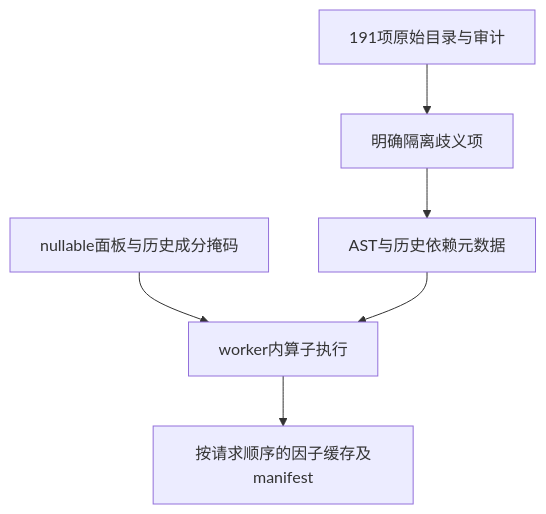
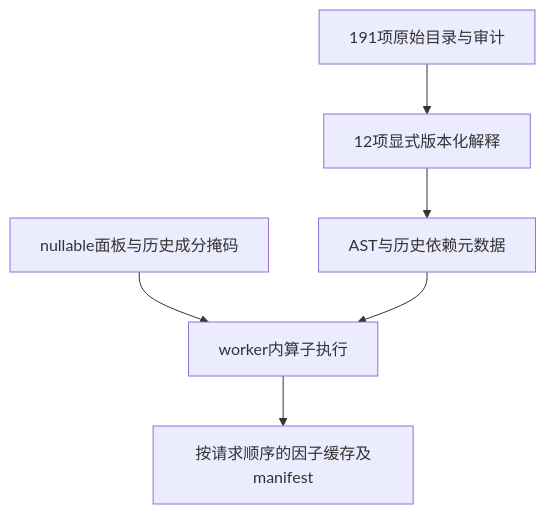
One commit to Dennishaha/JFQuant changed the first of 4 diagrams in crates/factor/README.md. Above: the diagram before and after it, drawn with Mermaid. The commit also changed other lines of this file and 100 other files, not shown here.

````diff
--- a/crates/factor/README.md
+++ b/crates/factor/README.md
@@ -32,8 +37,8 @@
 ```mermaid
 flowchart TD
-  R[191项原始目录与审计] --> G[明确隔离歧义项]
+  R[191项原始目录与审计] --> G[12项显式版本化解释]
   G --> A[AST与历史依赖元数据]
   P[nullable面板与历史成分掩码] --> E[worker内算子执行]
   A --> E
   E --> C[按请求顺序的因子缓存及manifest]
 ```
````
